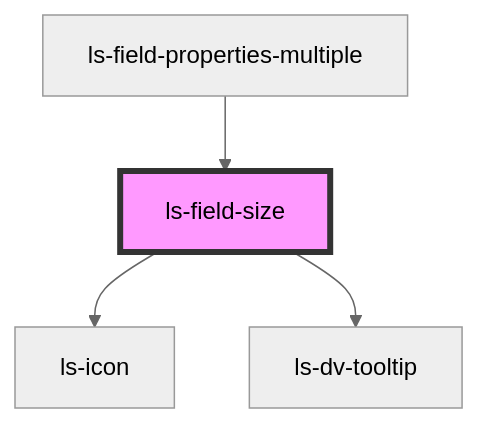
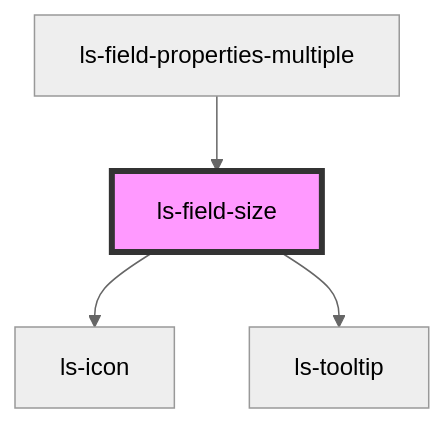
The diagram in src/components/ls-field-size/readme.md (legalesign/ls-document-viewer), drawn with Mermaid (neutral theme) before and after one commit. The commit also changed other lines of this file and 52 other files, not shown here.

````diff
--- a/src/components/ls-field-size/readme.md
+++ b/src/components/ls-field-size/readme.md
@@ -34,7 +34,7 @@
 ```mermaid
 graph TD;
   ls-field-size --> ls-icon
-  ls-field-size --> ls-dv-tooltip
+  ls-field-size --> ls-tooltip
   ls-field-properties-multiple --> ls-field-size
   style ls-field-size fill:#f9f,stroke:#333,stroke-width:4px
 ```
````
